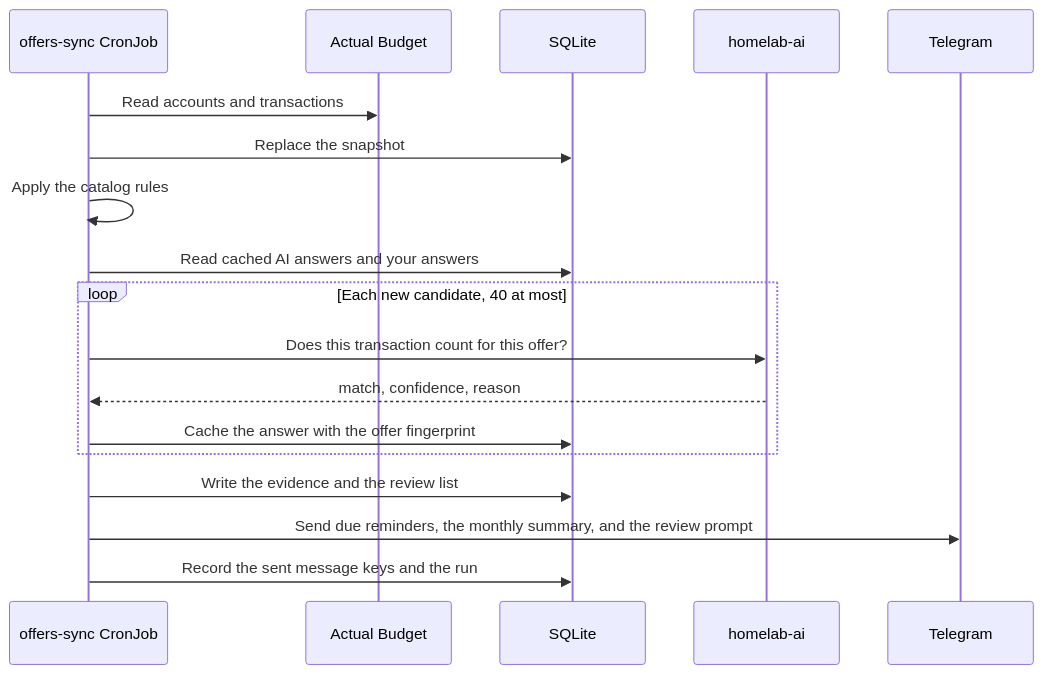
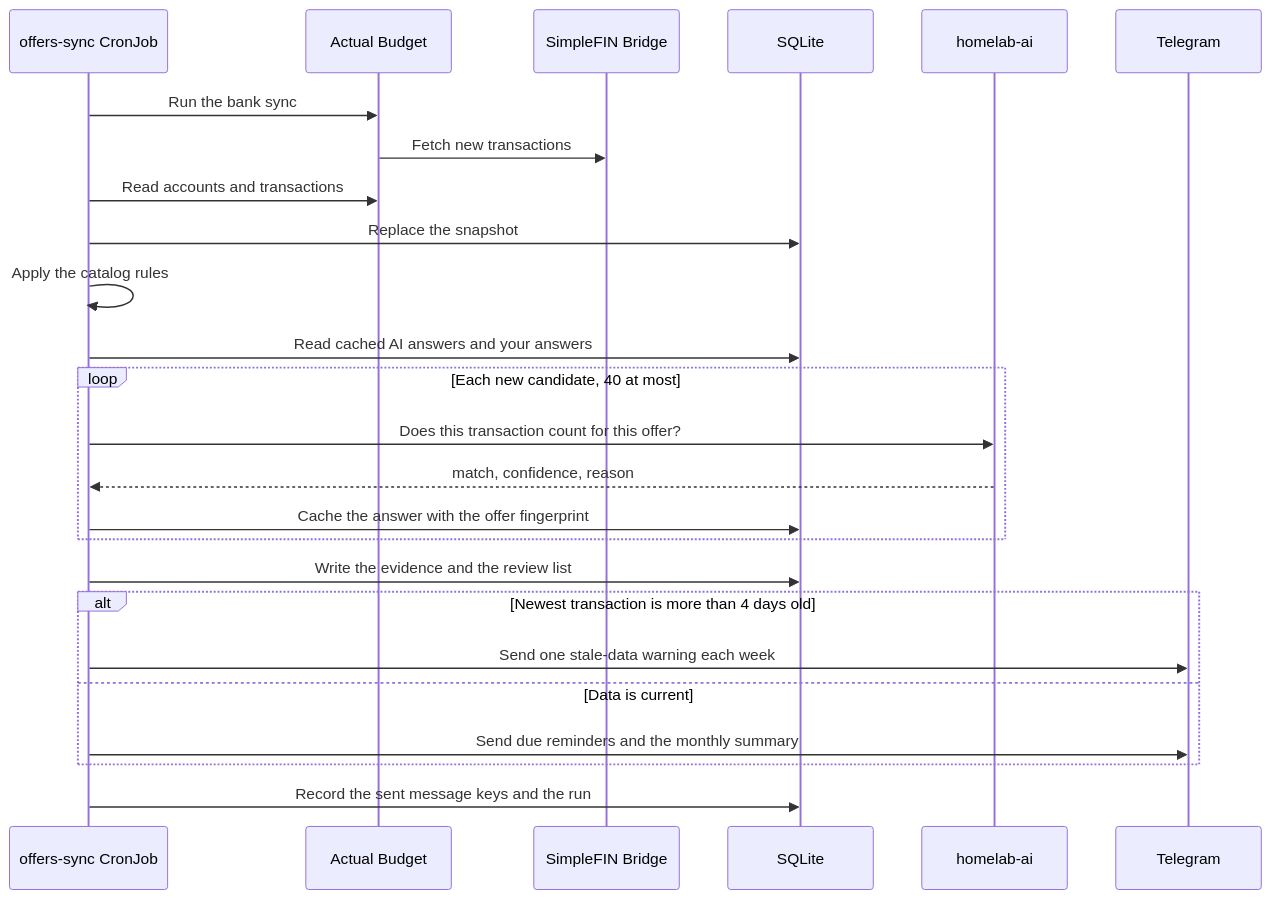
The second of 5 diagrams in docs/src/content/docs/how-to/offers.md (nsudhanva/homelab), drawn with Mermaid before and after one commit. The commit also changed other lines of this file and 27 other files, not shown here.

````diff
--- a/docs/src/content/docs/how-to/offers.md
+++ b/docs/src/content/docs/how-to/offers.md
@@ -36,20 +37,27 @@
 ```mermaid
 sequenceDiagram
   participant Cron as offers-sync CronJob
   participant Actual as Actual Budget
+  participant Bank as SimpleFIN Bridge
   participant DB as SQLite
   participant AI as homelab-ai
   participant TG as Telegram
+  Cron->>Actual: Run the bank sync
+  Actual->>Bank: Fetch new transactions
   Cron->>Actual: Read accounts and transactions
   Cron->>DB: Replace the snapshot
   Cron->>Cron: Apply the catalog rules
   Cron->>DB: Read cached AI answers and your answers
   loop Each new candidate, 40 at most
     Cron->>AI: Does this transaction count for this offer?
     AI-->>Cron: match, confidence, reason
     Cron->>DB: Cache the answer with the offer fingerprint
   end
   Cron->>DB: Write the evidence and the review list
-  Cron->>TG: Send due reminders, the monthly summary, and the review prompt
+  alt Newest transaction is more than 4 days old
+    Cron->>TG: Send one stale-data warning each week
+  else Data is current
+    Cron->>TG: Send due reminders and the monthly summary
+  end
   Cron->>DB: Record the sent message keys and the run
 ```
````
